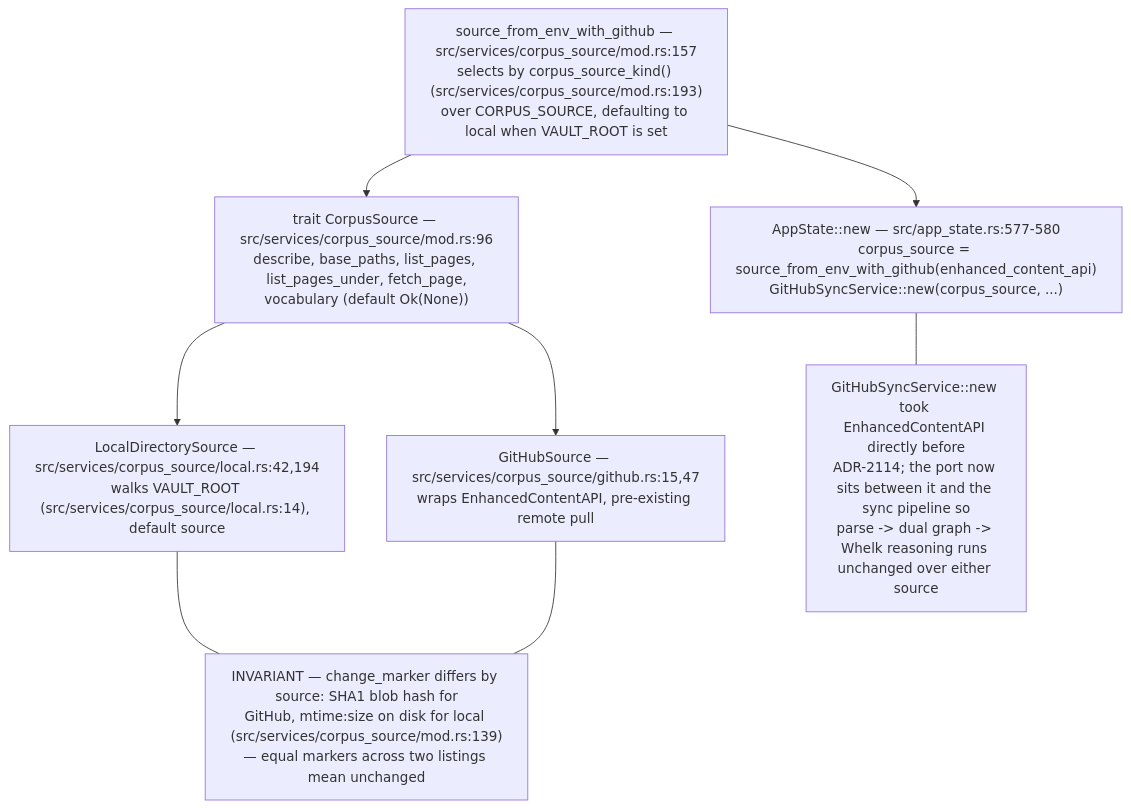
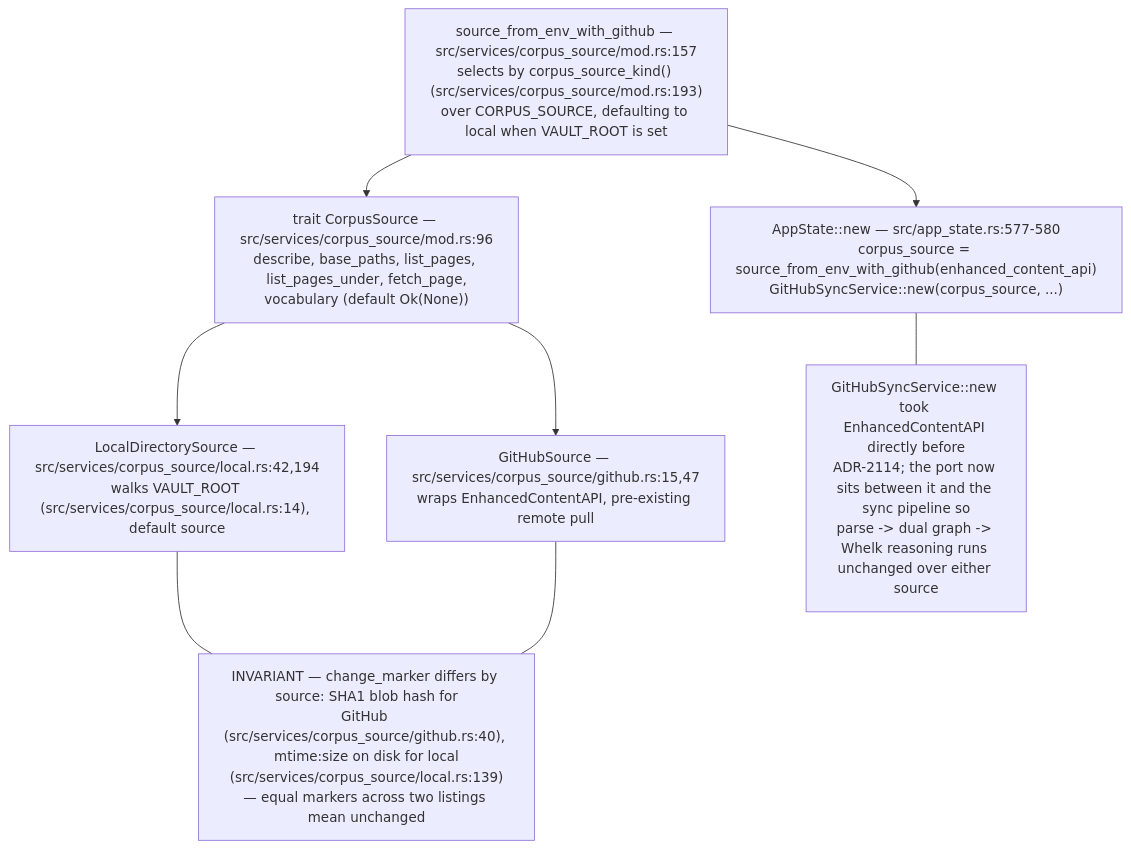
One commit to DreamLab-AI/VisionFlow changed the ninth of 9 diagrams in docs/diagrams/visionclaw/07-hexagonal-ports-and-crates.md. Above: the diagram before and after it, drawn with Mermaid. The commit also changed other lines of this file and 94 other files, not shown here.

First line of the commit message:
docs(diagrams): re-verify 130 topics against 2 October HEADs

````diff
--- a/docs/diagrams/visionclaw/07-hexagonal-ports-and-crates.md
+++ b/docs/diagrams/visionclaw/07-hexagonal-ports-and-crates.md
@@ -361,15 +361,15 @@
 ```mermaid
 flowchart TB
     T["trait CorpusSource — src/services/corpus_source/mod.rs:96<br/>describe, base_paths, list_pages, list_pages_under, fetch_page,<br/>vocabulary (default Ok(None))"]
     T --> L["LocalDirectorySource — src/services/corpus_source/local.rs:42,194<br/>walks VAULT_ROOT (src/services/corpus_source/local.rs:14), default source"]
     T --> G["GitHubSource — src/services/corpus_source/github.rs:15,47<br/>wraps EnhancedContentAPI, pre-existing remote pull"]
     B["source_from_env_with_github — src/services/corpus_source/mod.rs:157<br/>selects by corpus_source_kind() (src/services/corpus_source/mod.rs:193)<br/>over CORPUS_SOURCE, defaulting to local when VAULT_ROOT is set"]
     B --> T
     AS["AppState::new — src/app_state.rs:577-580<br/>corpus_source = source_from_env_with_github(enhanced_content_api)<br/>GitHubSyncService::new(corpus_source, ...)"]
     B --> AS
-    N1["INVARIANT — change_marker differs by source: SHA1 blob hash for<br/>GitHub, mtime:size on disk for local (src/services/corpus_source/mod.rs:139)<br/>— equal markers across two listings mean unchanged"]
+    N1["INVARIANT — change_marker differs by source: SHA1 blob hash for<br/>GitHub (src/services/corpus_source/github.rs:40), mtime:size on disk for local<br/>(src/services/corpus_source/local.rs:139)<br/>— equal markers across two listings mean unchanged"]
     L --- N1
     G --- N1
     N2["GitHubSyncService::new took EnhancedContentAPI directly before<br/>ADR-2114; the port now sits between it and the sync pipeline so<br/>parse -> dual graph -> Whelk reasoning runs unchanged over either source"]
     AS --- N2
 ```
````
